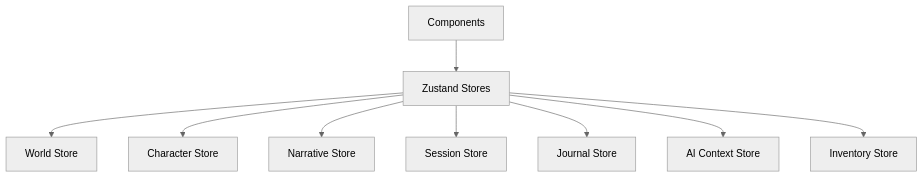
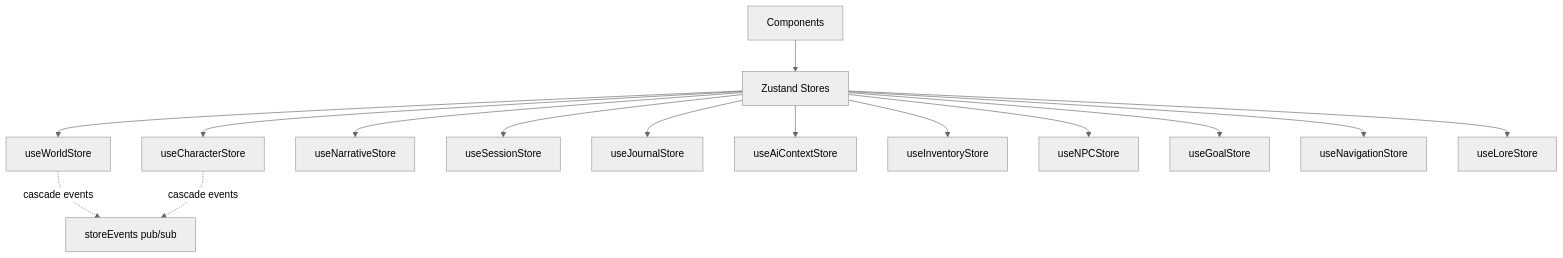
The diagram in public_docs/architecture/state-management-guide.md (jerseycheese/Narraitor), drawn with Mermaid (neutral theme) before and after one commit. The commit also changed other lines of this file and 49 other files, not shown here.

````diff
--- a/public_docs/architecture/state-management-guide.md
+++ b/public_docs/architecture/state-management-guide.md
@@ -14,11 +17,17 @@
 ```mermaid
 graph TD
     A[Components] --> B[Zustand Stores]
-    B --> C[World Store]
-    B --> D[Character Store] 
-    B --> E[Narrative Store]
-    B --> F[Session Store]
-    B --> G[Journal Store]
-    B --> H[AI Context Store]
-    B --> I[Inventory Store]
+    B --> C[useWorldStore]
+    B --> D[useCharacterStore]
+    B --> E[useNarrativeStore]
+    B --> F[useSessionStore]
+    B --> G[useJournalStore]
+    B --> H[useAiContextStore]
+    B --> I[useInventoryStore]
+    B --> J[useNPCStore]
+    B --> K[useGoalStore]
+    B --> L[useNavigationStore]
+    B --> M[useLoreStore]
+    C -.cascade events.-> N[storeEvents pub/sub]
+    D -.cascade events.-> N
 ```
````
